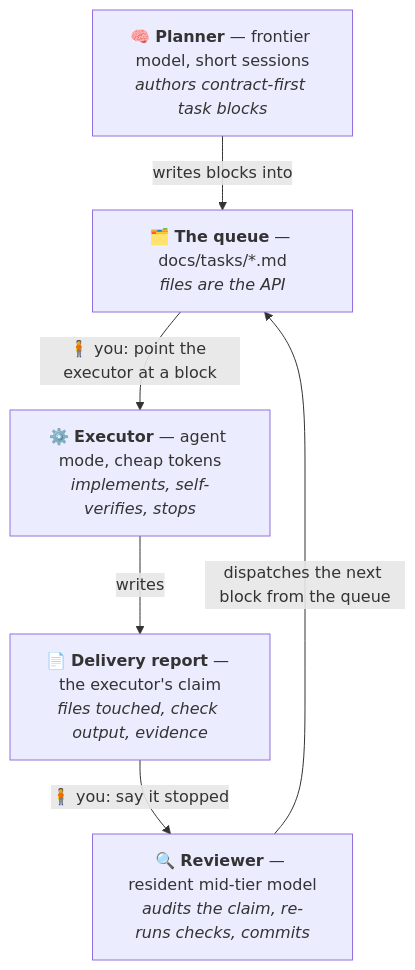
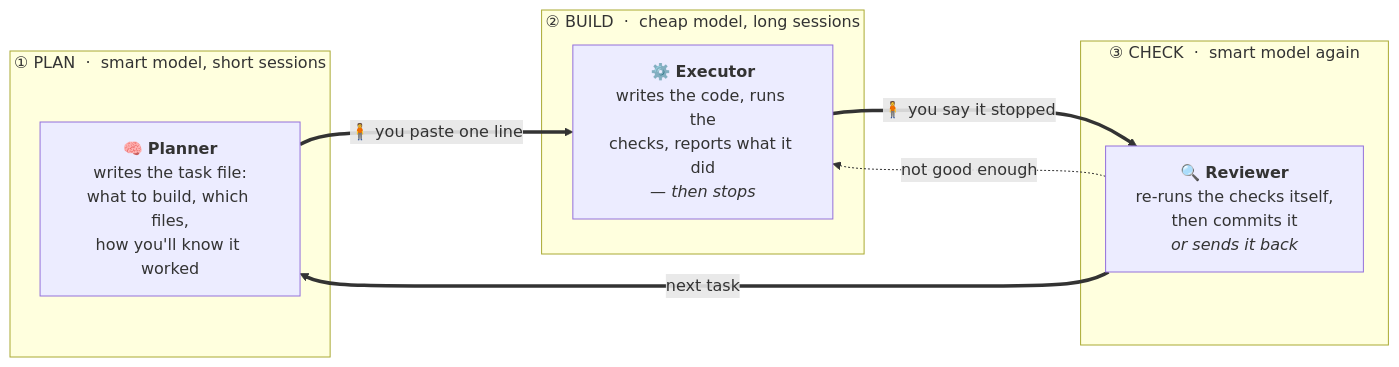
The first of 2 diagrams in README.md (Sethysethyseth/the-poor-mans-agentic-workflow), drawn with Mermaid before and after one commit. The commit also changed other lines of this file and 1 other file, not shown here.

````diff
--- a/README.md
+++ b/README.md
@@ -52,13 +64,16 @@
 ```mermaid
-flowchart TD
-    P["🧠 <b>Planner</b> — frontier model, short sessions<br/><i>authors contract-first task blocks</i>"]
-    Q["🗂️ <b>The queue</b> — docs/tasks/*.md<br/><i>files are the API</i>"]
-    X["⚙️ <b>Executor</b> — agent mode, cheap tokens<br/><i>implements, self-verifies, stops</i>"]
-    D["📄 <b>Delivery report</b> — the executor's claim<br/><i>files touched, check output, evidence</i>"]
-    R["🔍 <b>Reviewer</b> — resident mid-tier model<br/><i>audits the claim, re-runs checks, commits</i>"]
-    P -- "writes blocks into" --> Q
-    Q -- "🧍 you: point the executor at a block" --> X
-    X -- "writes" --> D
-    D -- "🧍 you: say it stopped" --> R
-    R -- "dispatches the next block from the queue" --> Q
+flowchart LR
+    subgraph PLAN["① PLAN &nbsp;·&nbsp; smart model, short sessions"]
+        P["🧠 <b>Planner</b><br/>writes the task file:<br/>what to build, which files,<br/>how you'll know it worked"]
+    end
+    subgraph BUILD["② BUILD &nbsp;·&nbsp; cheap model, long sessions"]
+        X["⚙️ <b>Executor</b><br/>writes the code, runs the<br/>checks, reports what it did<br/><i>— then stops</i>"]
+    end
+    subgraph CHECK["③ CHECK &nbsp;·&nbsp; smart model again"]
+        R["🔍 <b>Reviewer</b><br/>re-runs the checks itself,<br/>then commits it<br/><i>or sends it back</i>"]
+    end
+    P ==>|"🧍 you paste one line"| X
+    X ==>|"🧍 you say it stopped"| R
+    R ==>|"next task"| P
+    R -.->|"not good enough"| X
 ```
````
